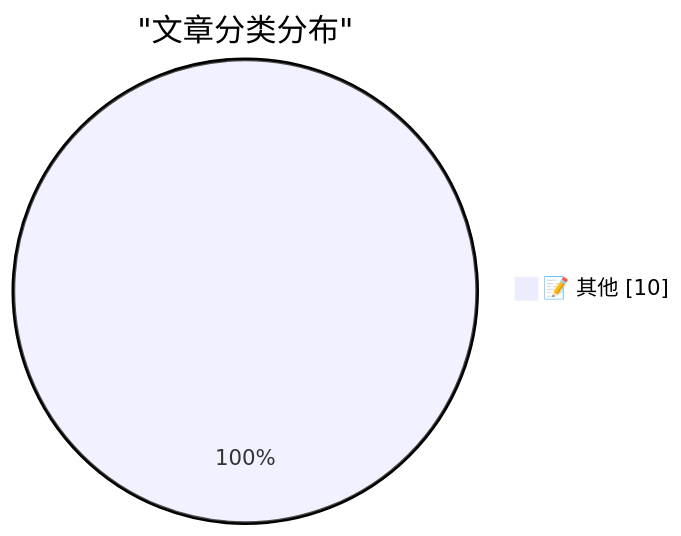
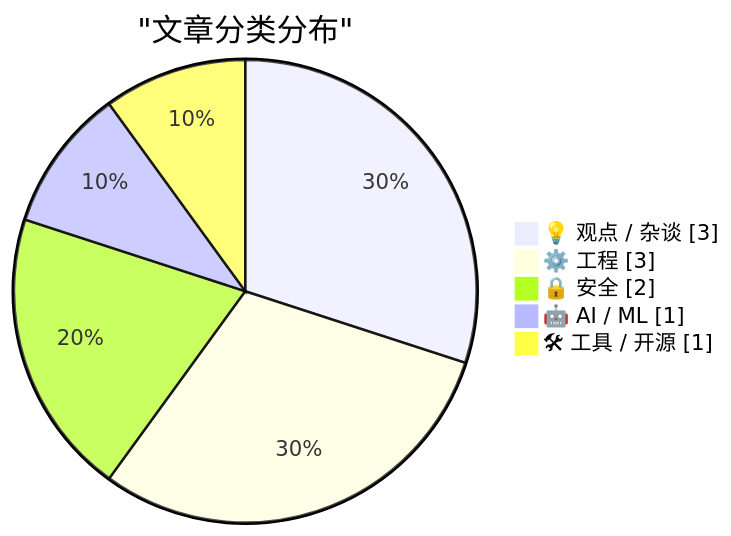
The first of 2 diagrams in content/ai-daily/2026-06-17.md (originem0/SZBlog), drawn with Mermaid before and after one commit. The commit also changed other lines of this file, not shown here.

````diff
--- a/content/ai-daily/2026-06-17.md
+++ b/content/ai-daily/2026-06-17.md
@@ -42,5 +54,9 @@
 ```mermaid
 pie showData
     title "文章分类分布"
-    "📝 其他" : 10
+    "💡 观点 / 杂谈" : 3
+    "⚙️ 工程" : 3
+    "🔒 安全" : 2
+    "🤖 AI / ML" : 1
+    "🛠 工具 / 开源" : 1
 ```
````
